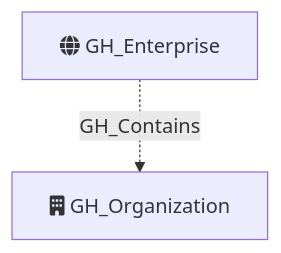
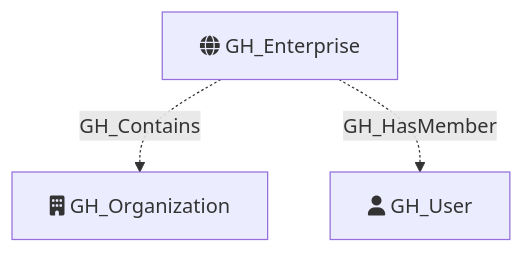
One commit to SpecterOps/GitHound changed the diagram in Documentation/NodeDescriptions/GH_Enterprise.md. Above: the diagram before and after it, drawn with Mermaid. The commit also changed other lines of this file and 8 other files, not shown here.

````diff
--- a/Documentation/NodeDescriptions/GH_Enterprise.md
+++ b/Documentation/NodeDescriptions/GH_Enterprise.md
@@ -33,7 +33,9 @@
 ```mermaid
 flowchart TD
     GH_Enterprise[fa:fa-globe GH_Enterprise]
     GH_Organization[fa:fa-building GH_Organization]
+    GH_User[fa:fa-user GH_User]
 
     GH_Enterprise -.->|GH_Contains| GH_Organization
+    GH_Enterprise -.->|GH_HasMember| GH_User
 ```
````
